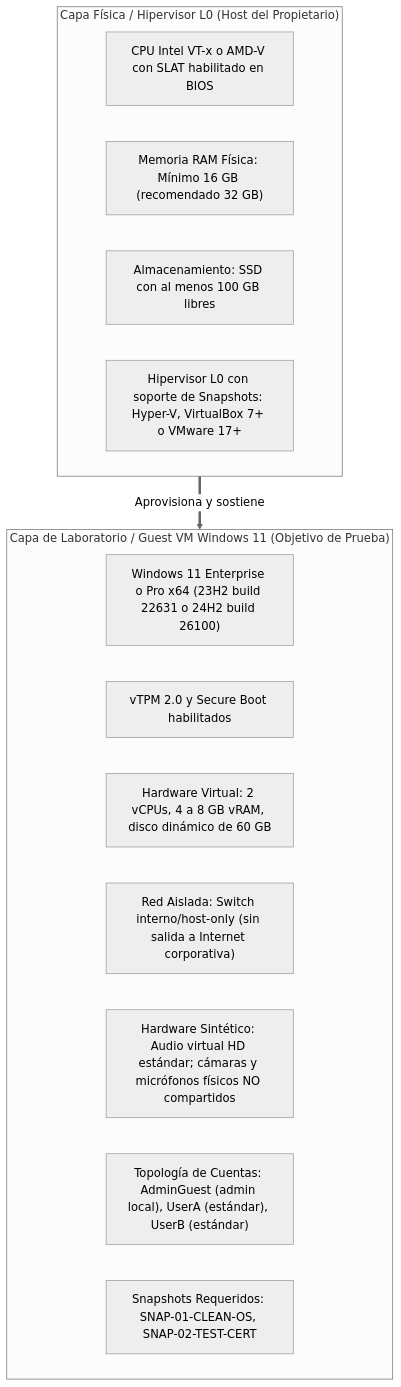
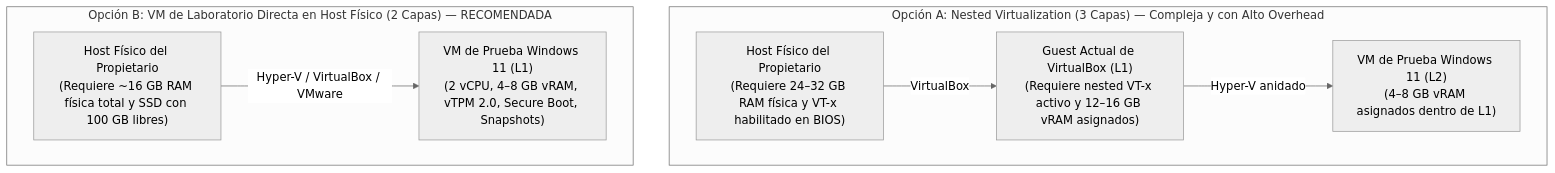
The diagram in docs/reports/INFORME-FASE-8B1A7_2-READINESS-REBASELINE.md (cristianbarreiro/PrivGuard), drawn with Mermaid (neutral theme) before and after one commit. The commit also changed other lines of this file and 2 other files, not shown here.

````diff
--- a/docs/reports/INFORME-FASE-8B1A7_2-READINESS-REBASELINE.md
+++ b/docs/reports/INFORME-FASE-8B1A7_2-READINESS-REBASELINE.md
@@ -189,21 +151,16 @@
 ```mermaid
 flowchart TD
-    subgraph HostL0 ["Capa Física / Hipervisor L0 (Host del Propietario)"]
-        H1["CPU Intel VT-x o AMD-V con SLAT habilitado en BIOS"]
-        H2["Memoria RAM Física: Mínimo 16 GB (recomendado 32 GB)"]
-        H3["Almacenamiento: SSD con al menos 100 GB libres"]
-        H4["Hipervisor L0 con soporte de Snapshots: Hyper-V, VirtualBox 7+ o VMware 17+"]
+    subgraph TopologiaA ["Opción A: Nested Virtualization (3 Capas) — Compleja y con Alto Overhead"]
+        L0_A["Host Físico del Propietario<br/>(Requiere 24–32 GB RAM física y VT-x habilitado en BIOS)"]
+        L1_A["Guest Actual de VirtualBox (L1)<br/>(Requiere nested VT-x activo y 12–16 GB vRAM asignados)"]
+        L2_A["VM de Prueba Windows 11 (L2)<br/>(4–8 GB vRAM asignados dentro de L1)"]
+        L0_A -->|VirtualBox| L1_A
+        L1_A -->|Hyper-V anidado| L2_A
     end
 
-    subgraph GuestVM ["Capa de Laboratorio / Guest VM Windows 11 (Objetivo de Prueba)"]
-        G1["Windows 11 Enterprise o Pro x64 (23H2 build 22631 o 24H2 build 26100)"]
-        G2["vTPM 2.0 y Secure Boot habilitados"]
-        G3["Hardware Virtual: 2 vCPUs, 4 a 8 GB vRAM, disco dinámico de 60 GB"]
-        G4["Red Aislada: Switch interno/host-only (sin salida a Internet corporativa)"]
-        G5["Hardware Sintético: Audio virtual HD estándar; cámaras y micrófonos físicos NO compartidos"]
-        G6["Topología de Cuentas: AdminGuest (admin local), UserA (estándar), UserB (estándar)"]
-        G7["Snapshots Requeridos: SNAP-01-CLEAN-OS, SNAP-02-TEST-CERT"]
+    subgraph TopologiaB ["Opción B: VM de Laboratorio Directa en Host Físico (2 Capas) — RECOMENDADA"]
+        L0_B["Host Físico del Propietario<br/>(Requiere ~16 GB RAM física total y SSD con 100 GB libres)"]
+        L1_B["VM de Prueba Windows 11 (L1)<br/>(2 vCPU, 4–8 GB vRAM, vTPM 2.0, Secure Boot, Snapshots)"]
+        L0_B -->|Hyper-V / VirtualBox / VMware| L1_B
     end
-
-    HostL0 ==>|Aprovisiona y sostiene| GuestVM
 ```
````
